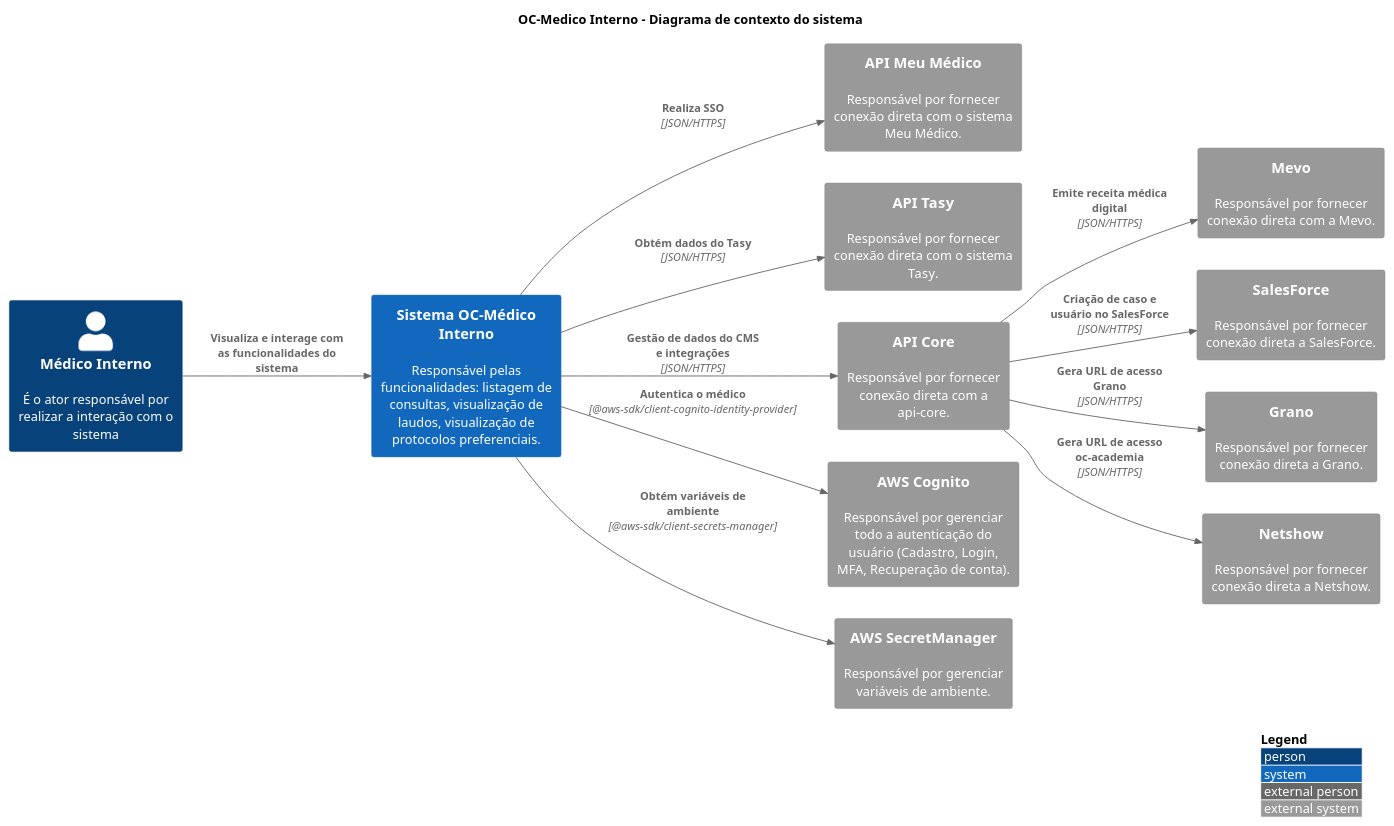
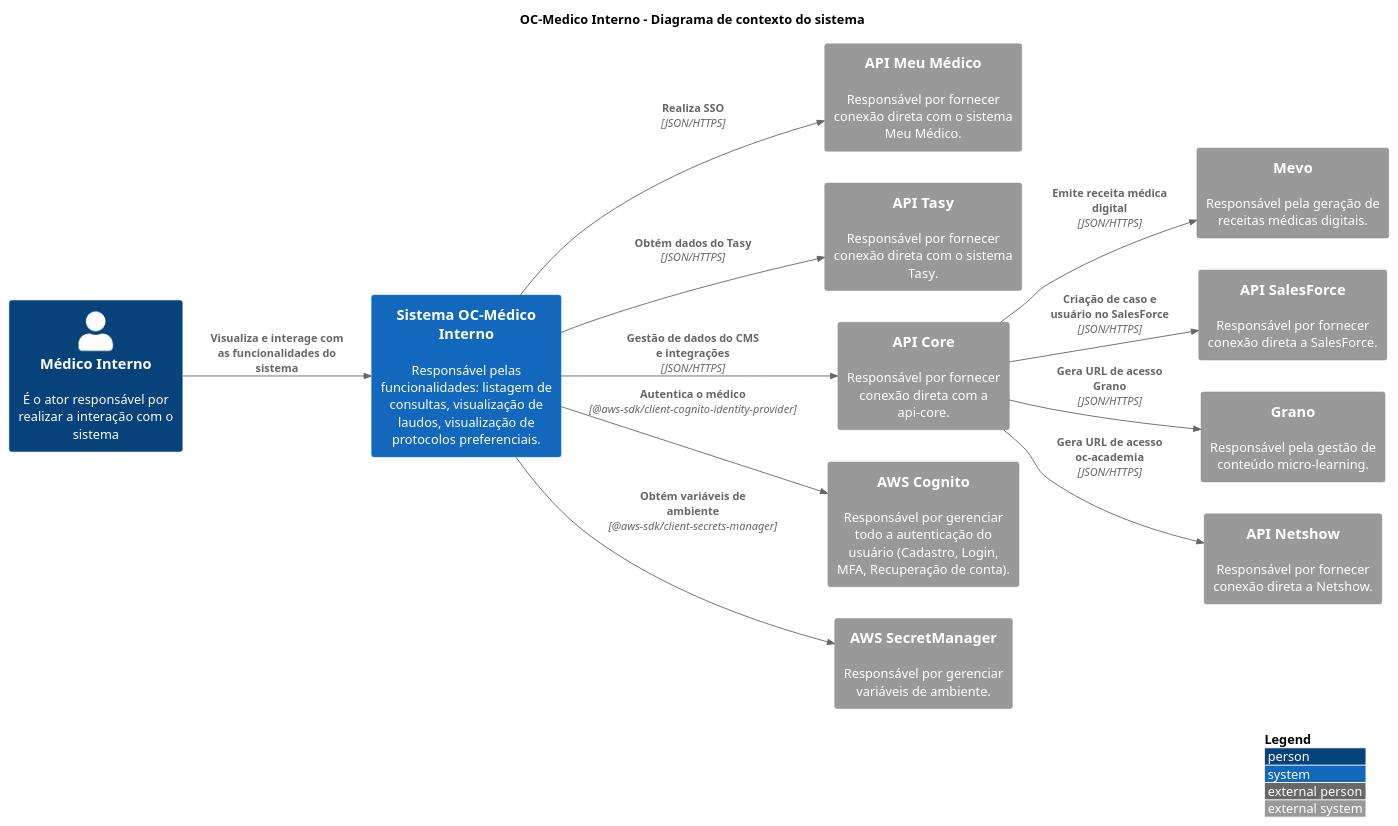
One commit to luizggbasedigital/poc-oc-docs changed the diagram in src/OC-Medico Interno/C1. Visão Geral/context.puml. Above: the diagram before and after it, drawn with PlantUML. The commit also changed 1 other file, not shown here.

```diff
--- a/src/OC-Medico Interno/C1. Visão Geral/context.puml
+++ b/src/OC-Medico Interno/C1. Visão Geral/context.puml
@@ -1,47 +1,47 @@
 @startuml "Context Diagram"
 
 title "OC-Medico Interno - Diagrama de contexto do sistema"
 
 !include https://raw.githubusercontent.com/adrianvlupu/C4-PlantUML/latest/C4_Context.puml
 
 LAYOUT_WITH_LEGEND()
 LAYOUT_LEFT_RIGHT()
 
 skinparam backgroundcolor transparent
 
 /'Actors'/
 Person(ActorInternalPhysician, "Médico Interno", "É o ator responsável por realizar a interação com o sistema")
 
 /'Internal Systems'/
 System(SystemOCInternalPhysician, "Sistema OC-Médico Interno", "Responsável pelas funcionalidades: listagem de consultas, visualização de laudos, visualização de protocolos preferenciais.")
 
 /'External Systems'/
 System_Ext(SystemMyPhysicianApi, "API Meu Médico", "Responsável por fornecer conexão direta com o sistema Meu Médico.")
 System_Ext(SystemTasyApi, "API Tasy", "Responsável por fornecer conexão direta com o sistema Tasy.")
 
 /'API-Core Systems'/
 System_Ext(SystemApiCore, "API Core", "Responsável por fornecer conexão direta com a api-core.")
-System_Ext(SystemMevo, "Mevo", "Responsável por fornecer conexão direta com a Mevo.")
-System_Ext(SystemSalesForce, "SalesForce", "Responsável por fornecer conexão direta a SalesForce.")
-System_Ext(SystemGrano, "Grano", "Responsável por fornecer conexão direta a Grano.")
-System_Ext(SystemNetshow, "Netshow", "Responsável por fornecer conexão direta a Netshow.")
+System_Ext(SystemMevo, "Mevo", "Responsável pela geração de receitas médicas digitais.")
+System_Ext(SystemSalesForce, "API SalesForce", "Responsável por fornecer conexão direta a SalesForce.")
+System_Ext(SystemGrano, "Grano", "Responsável pela gestão de conteúdo micro-learning.")
+System_Ext(SystemNetshow, "API Netshow", "Responsável por fornecer conexão direta a Netshow.")
 
 /'AWS Systems'/
 System_Ext(SystemAWSCognito, "AWS Cognito", "Responsável por gerenciar todo a autenticação do usuário (Cadastro, Login, MFA, Recuperação de conta).")
 System_Ext(SystemAWSSecretManager, "AWS SecretManager", "Responsável por gerenciar variáveis de ambiente.")
 
 /'Relations'/
 Rel(ActorInternalPhysician, SystemOCInternalPhysician, "Visualiza e interage com as funcionalidades do sistema")
 Rel(SystemOCInternalPhysician, SystemAWSCognito, "Autentica o médico", "@aws-sdk/client-cognito-identity-provider")
 Rel(SystemOCInternalPhysician, SystemAWSSecretManager, "Obtém variáveis de ambiente", "@aws-sdk/client-secrets-manager")
 Rel(SystemOCInternalPhysician, SystemMyPhysicianApi, "Realiza SSO", "JSON/HTTPS")
 Rel(SystemOCInternalPhysician, SystemTasyApi, "Obtém dados do Tasy", "JSON/HTTPS")
 
 /'API-Core Integrations'/
 Rel(SystemOCInternalPhysician, SystemApiCore, "Gestão de dados do CMS e integrações", "JSON/HTTPS")
 Rel(SystemApiCore, SystemMevo, "Emite receita médica digital", "JSON/HTTPS")
 Rel(SystemApiCore, SystemSalesForce, "Criação de caso e usuário no SalesForce", "JSON/HTTPS")
 Rel(SystemApiCore, SystemGrano, "Gera URL de acesso Grano", "JSON/HTTPS")
 Rel(SystemApiCore, SystemNetshow, "Gera URL de acesso oc-academia", "JSON/HTTPS")
 
 @enduml
```
